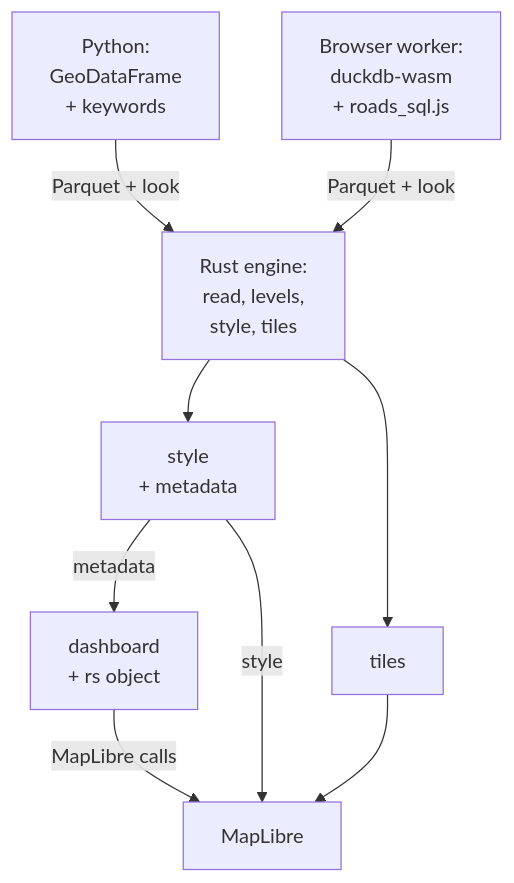
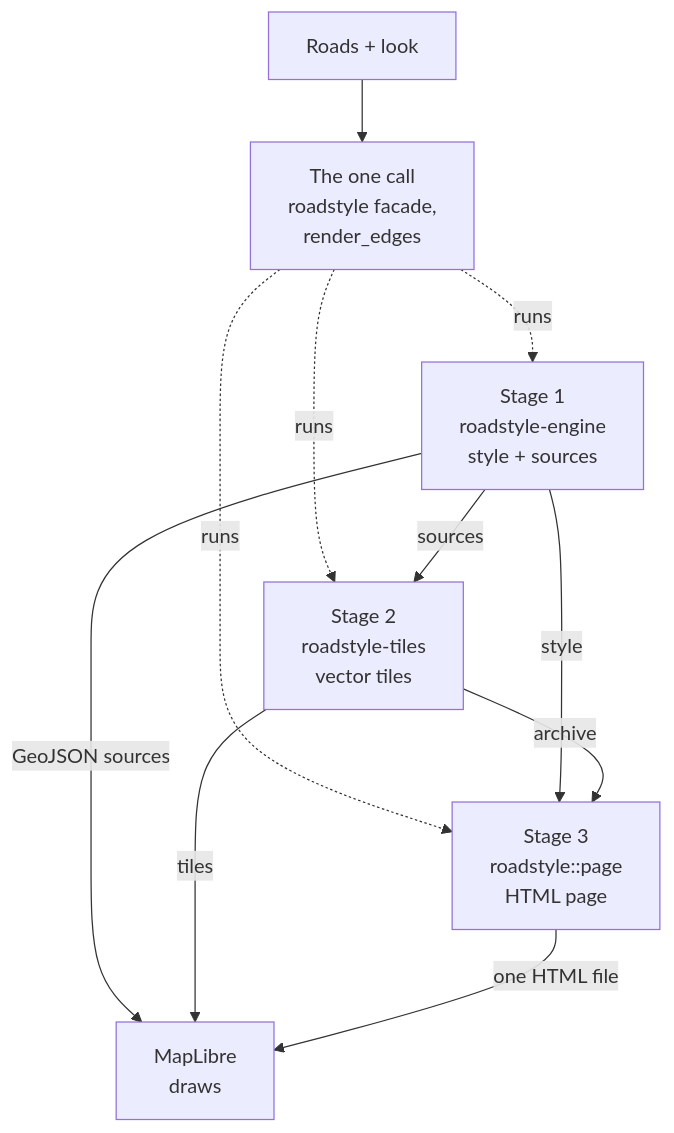
One commit to Khoshkhah/roadstyle changed the third of 6 diagrams in docs/rust/architecture.md. Above: the diagram before and after it, drawn with Mermaid. The commit also changed other lines of this file and 1 other file, not shown here.

First line of the commit message:
docs: the three stages and the one call

````diff
--- a/docs/rust/architecture.md
+++ b/docs/rust/architecture.md
@@ -227,18 +230,19 @@
 ```mermaid
 flowchart TB
-    py["Python:<br/>GeoDataFrame<br/>+ keywords"]
-    wk["Browser worker:<br/>duckdb-wasm<br/>+ roads_sql.js"]
-    eng["Rust engine:<br/>read, levels,<br/>style, tiles"]
-    sty["style<br/>+ metadata"]
-    tl["tiles"]
-    db["dashboard<br/>+ rs object"]
-    ml["MapLibre"]
-    py -->|"Parquet + look"| eng
-    wk -->|"Parquet + look"| eng
-    eng --> sty
-    eng --> tl
-    sty -->|"metadata"| db
-    sty -->|"style"| ml
-    tl --> ml
-    db -->|"MapLibre calls"| ml
+    inp["Roads + look"]
+    facade["The one call<br/>roadstyle facade,<br/>render_edges"]
+    s1["Stage 1<br/>roadstyle-engine<br/>style + sources"]
+    s2["Stage 2<br/>roadstyle-tiles<br/>vector tiles"]
+    s3["Stage 3<br/>roadstyle::page<br/>HTML page"]
+    ml["MapLibre<br/>draws"]
+    inp --> facade
+    facade -.->|"runs"| s1
+    facade -.->|"runs"| s2
+    facade -.->|"runs"| s3
+    s1 -->|"sources"| s2
+    s1 -->|"style"| s3
+    s2 -->|"archive"| s3
+    s1 -->|"GeoJSON sources"| ml
+    s2 -->|"tiles"| ml
+    s3 -->|"one HTML file"| ml
 ```
````
